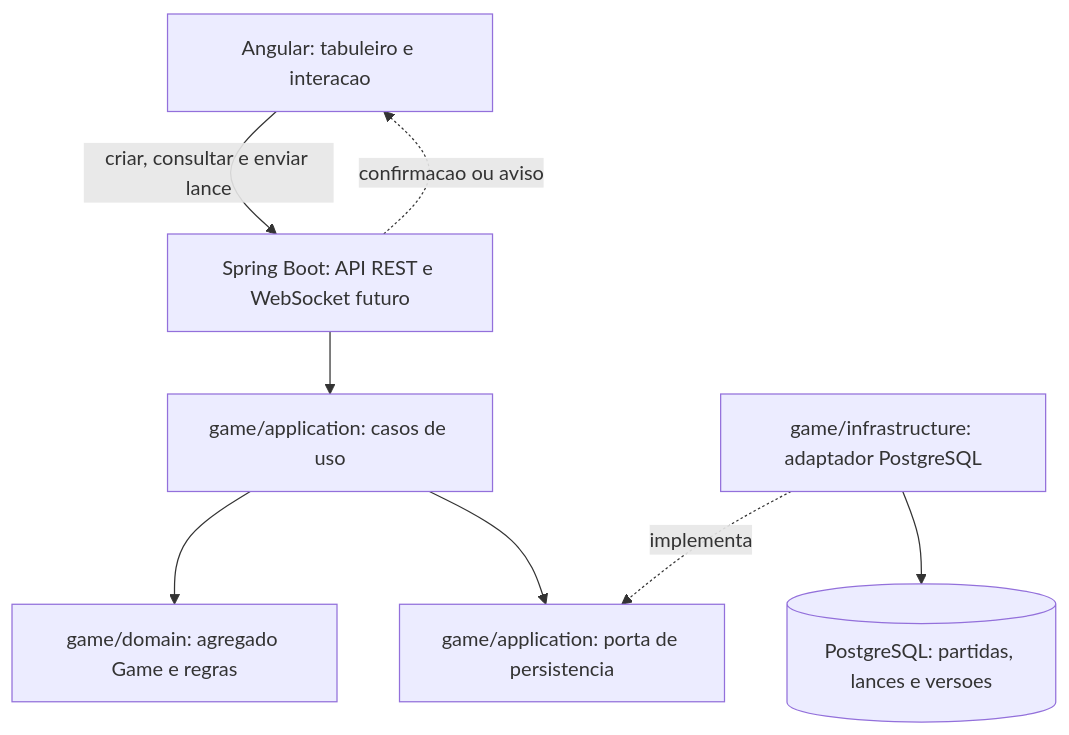
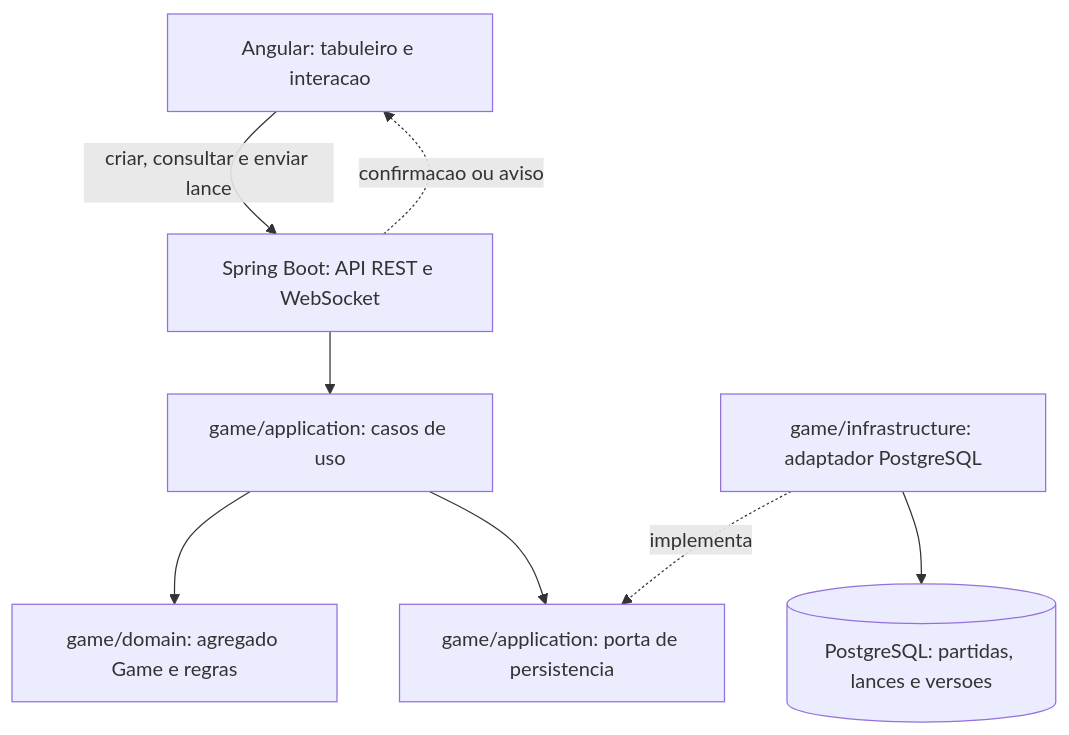
One commit to ralvesper/checkers-aws changed the first of 3 diagrams in docs/diagrams/application-architecture.md. Above: the diagram before and after it, drawn with Mermaid. The commit also changed other lines of this file and 43 other files, not shown here.

````diff
--- a/docs/diagrams/application-architecture.md
+++ b/docs/diagrams/application-architecture.md
@@ -7,18 +7,18 @@
 ```mermaid
 flowchart TB
     UI["Angular: tabuleiro e interacao"]
-    API["Spring Boot: API REST e WebSocket futuro"]
+    API["Spring Boot: API REST e WebSocket"]
     APP["game/application: casos de uso"]
     DOMAIN["game/domain: agregado Game e regras"]
     PORT["game/application: porta de persistencia"]
     ADAPTER["game/infrastructure: adaptador PostgreSQL"]
     DB[("PostgreSQL: partidas, lances e versoes")]
 
     UI -->|"criar, consultar e enviar lance"| API
     API --> APP
     APP --> DOMAIN
     APP --> PORT
     ADAPTER -. "implementa" .-> PORT
     ADAPTER --> DB
     API -. "confirmacao ou aviso" .-> UI
 ```
````
